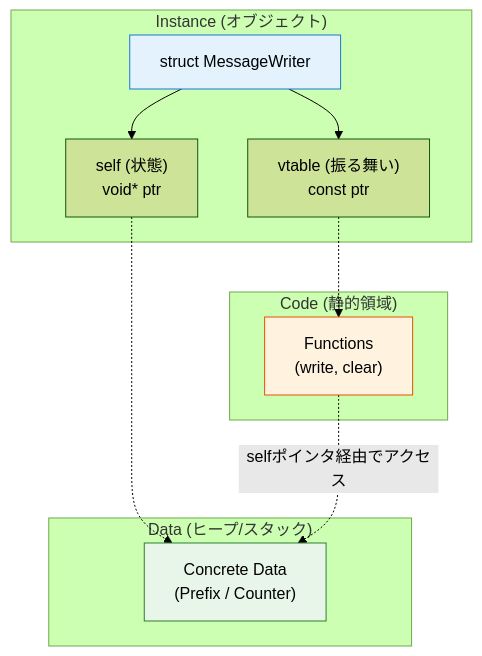
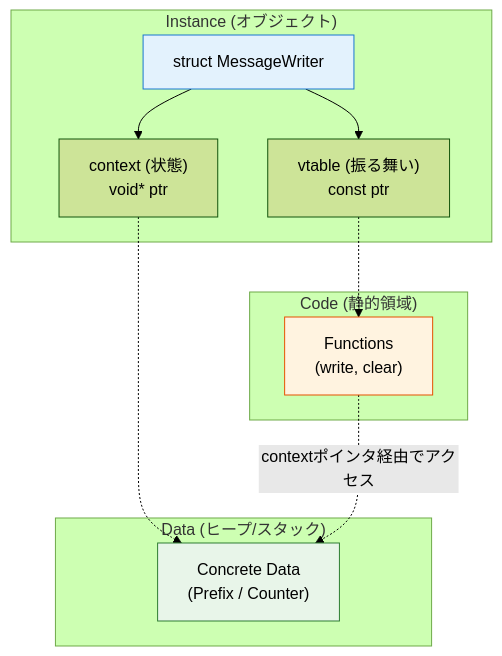
One commit to kumachan1101/BookProject changed the sixth of 6 diagrams in 01_原稿/04_第1部 第2章 関数ポインタと間接呼び出し - 動的結合の実現_01.md. Above: the diagram before and after it, drawn with Mermaid (forest theme). The commit also changed other lines of this file and 98 other files, not shown here.

````diff
--- a/01_原稿/04_第1部 第2章 関数ポインタと間接呼び出し - 動的結合の実現_01.md
+++ b/01_原稿/04_第1部 第2章 関数ポインタと間接呼び出し - 動的結合の実現_01.md
@@ -522,26 +493,26 @@
 ```mermaid
 graph TB
       subgraph Inst ["Instance (オブジェクト)"]
           Obj["struct MessageWriter"]
           VP["vtable (振る舞い)<br/>const ptr"]
-          CP["self (状態)<br/>void* ptr"]
+          CP["context (状態)<br/>void* ptr"]
           Obj --> VP
           Obj --> CP
       end
 
       subgraph CodeSec ["Code (静的領域)"]
           Funcs["Functions<br/>(write, clear)"]
           VP -.-> Funcs
       end
 
       subgraph DataSec ["Data (ヒープ/スタック)"]
           State["Concrete Data<br/>(Prefix / Counter)"]
           CP -.-> State
       end
 
-      Funcs -.->|"selfポインタ経由でアクセス"| State
+      Funcs -.->|"contextポインタ経由でアクセス"| State
 
       style Obj fill:#e3f2fd,stroke:#1976d2
       style Funcs fill:#fff3e0,stroke:#e65100
       style State fill:#e8f5e9,stroke:#2e7d32
 ```
````
